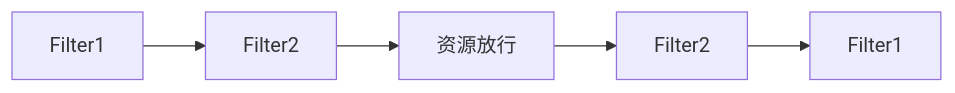
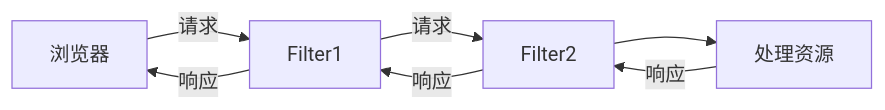
One commit to csliujw/CodeNotes changed the seventh of 8 diagrams in JavaEE-Base/JavaWeb.md. Above: the diagram before and after it, drawn with Mermaid. The commit also changed other lines of this file and 3 other files, not shown here.

````diff
--- a/JavaEE-Base/JavaWeb.md
+++ b/JavaEE-Base/JavaWeb.md
@@ -1576,4 +1877,4 @@
-  ```mermaid
-  graph LR
-  F1[Filter1]-->F2[Filter2]-->资源放行-->F2'[Filter2]-->F1'[Filter1]
-  ```
+```mermaid
+graph LR
+浏览器-->|请求|F1[Filter1]-->|请求|F2[Filter2]-->处理资源-->|响应|F2[Filter2]-->|响应|F1[Filter1]-->|响应|浏览器
+```
````
